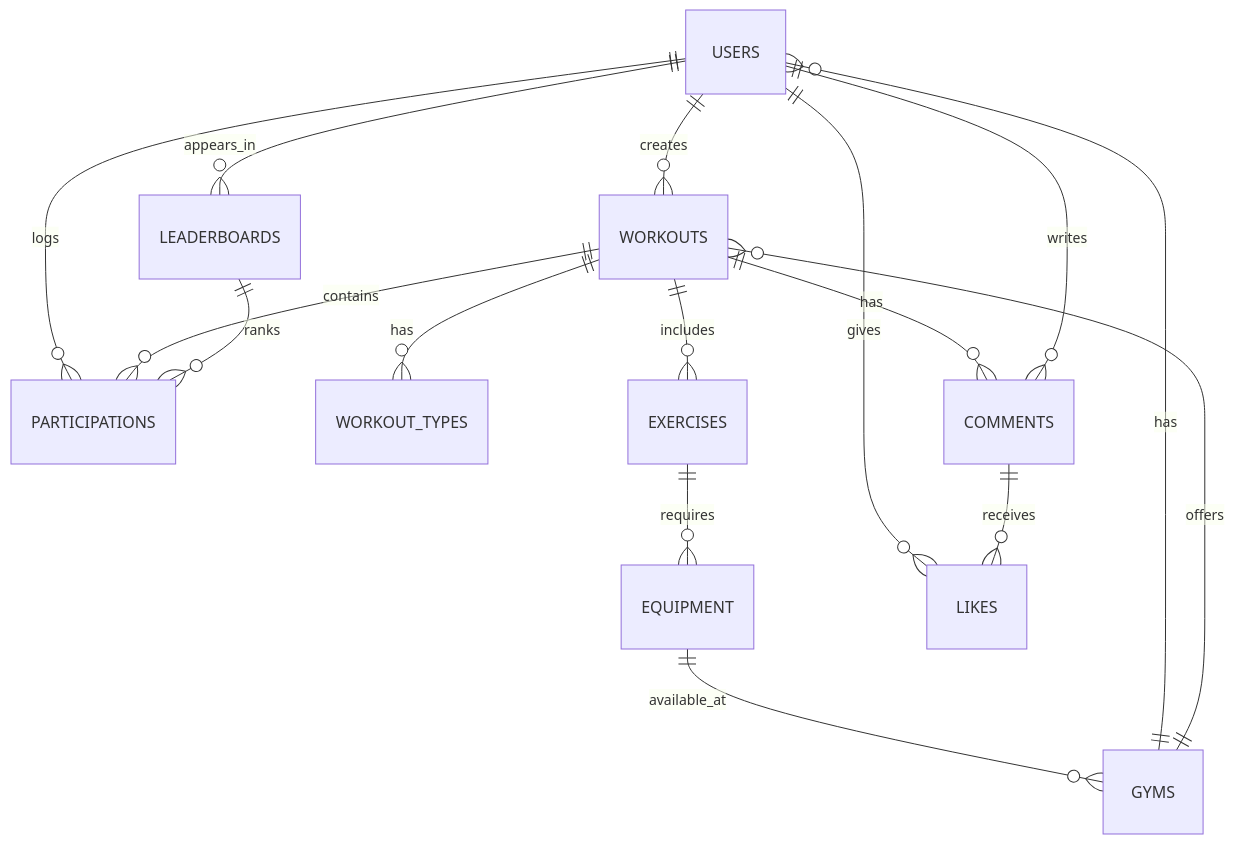
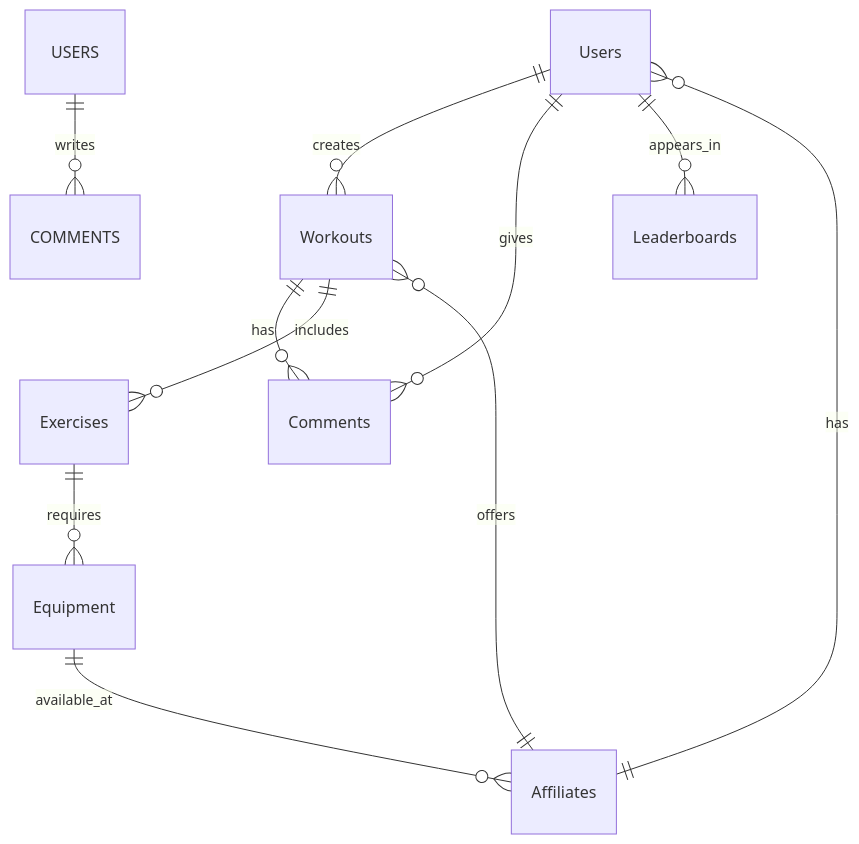
The first of 2 diagrams in README.md (ShaneMillar96/FitBuddy), drawn with Mermaid before and after one commit. The commit also changed other lines of this file, not shown here.

````diff
--- a/README.md
+++ b/README.md
@@ -47,19 +47,14 @@
 ```mermaid
 %%{init: {'theme':'default'}}%%
 erDiagram
-    USERS ||--o{ WORKOUTS : creates
-    USERS ||--o{ PARTICIPATIONS : logs
-    GYMS ||--o{ USERS : has
-    GYMS ||--o{ WORKOUTS : offers
-    WORKOUTS ||--o{ PARTICIPATIONS : contains
-    WORKOUTS ||--o{ WORKOUT_TYPES : has
-    WORKOUTS ||--o{ COMMENTS : has
+    Users ||--o{ Workouts : creates
+    Affiliates ||--o{ Users : has
+    Affiliates ||--o{ Workouts : offers
+    Workouts ||--o{ Comments : has
     USERS ||--o{ COMMENTS : writes
-    WORKOUTS ||--o{ EXERCISES : includes
-    EXERCISES ||--o{ EQUIPMENT : requires
-    EQUIPMENT ||--o{ GYMS : available_at
-    USERS ||--o{ LIKES : gives
-    COMMENTS ||--o{ LIKES : receives
-    USERS ||--o{ LEADERBOARDS : appears_in
-    LEADERBOARDS ||--o{ PARTICIPATIONS : ranks
+    Workouts ||--o{ Exercises : includes
+    Exercises ||--o{ Equipment : requires
+    Equipment ||--o{ Affiliates : available_at
+    Users ||--o{ Comments : gives
+    Users ||--o{ Leaderboards : appears_in
 ```
````
